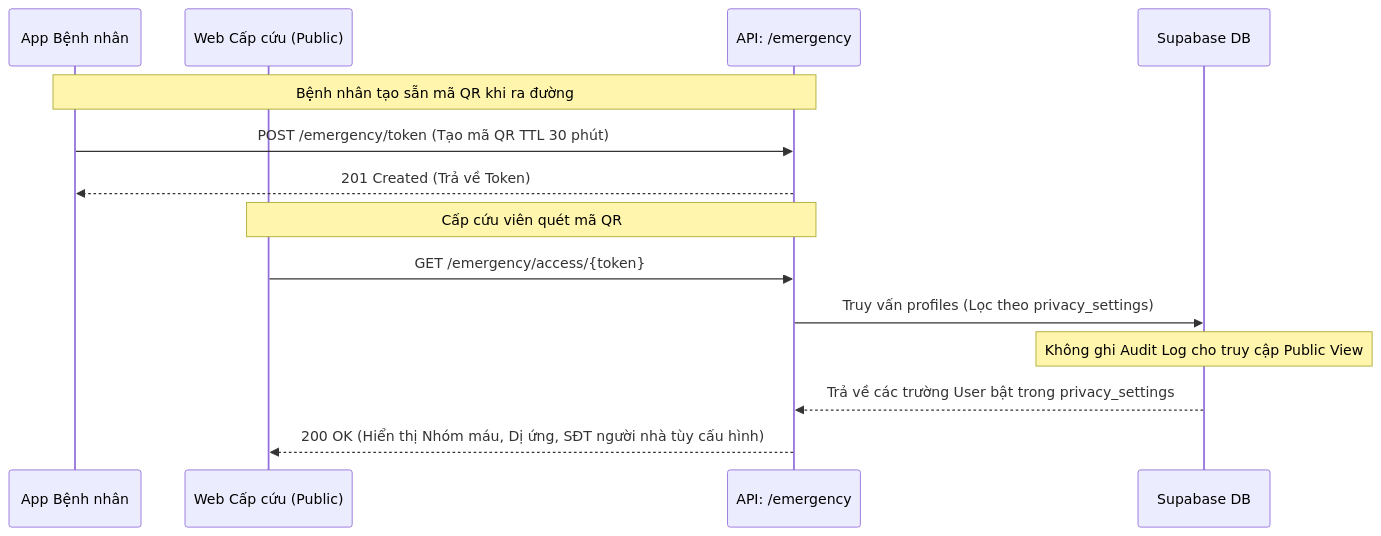
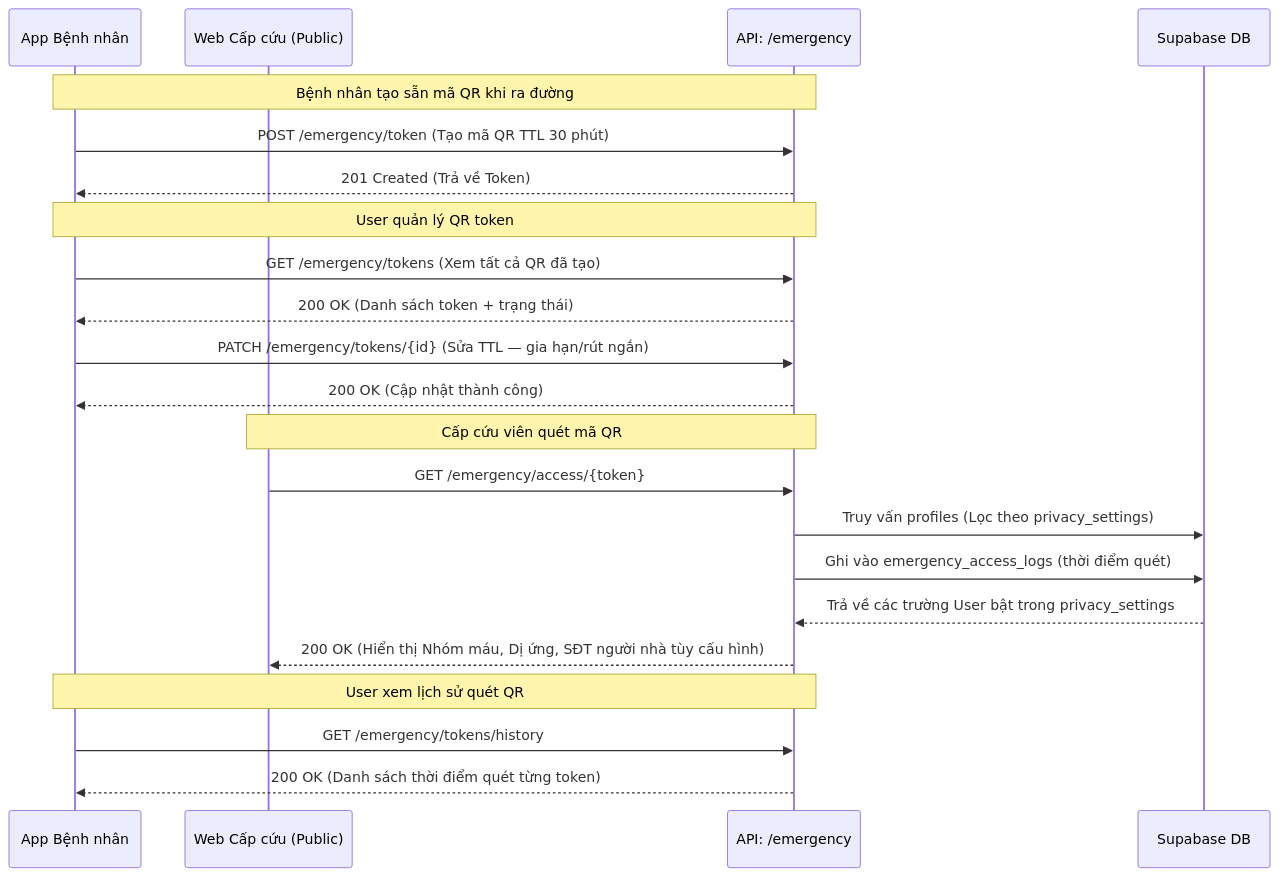
Before and after one commit to ImSoul0511/Medical_Diary: the fourth of 5 diagrams in backend/docs/API_FLOW.md, drawn with Mermaid. The commit also changed other lines of this file and 4 other files, not shown here.

First line of the commit message:
docs(architecture): hoàn thiện kiến trúc Medication Reminders

````diff
--- a/backend/docs/API_FLOW.md
+++ b/backend/docs/API_FLOW.md
@@ -108,20 +131,31 @@
 ```mermaid
 sequenceDiagram
     participant PatFE as App Bệnh nhân
     participant EmgFE as Web Cấp cứu (Public)
     participant EmgAPI as API: /emergency
     participant DB as Supabase DB
 
     Note over PatFE,EmgAPI: Bệnh nhân tạo sẵn mã QR khi ra đường
     PatFE->>EmgAPI: POST /emergency/token (Tạo mã QR TTL 30 phút)
     EmgAPI-->>PatFE: 201 Created (Trả về Token)
+
+    Note over PatFE,EmgAPI: User quản lý QR token
+    PatFE->>EmgAPI: GET /emergency/tokens (Xem tất cả QR đã tạo)
+    EmgAPI-->>PatFE: 200 OK (Danh sách token + trạng thái)
+
+    PatFE->>EmgAPI: PATCH /emergency/tokens/{id} (Sửa TTL — gia hạn/rút ngắn)
+    EmgAPI-->>PatFE: 200 OK (Cập nhật thành công)
     
     Note over EmgFE,EmgAPI: Cấp cứu viên quét mã QR
     EmgFE->>EmgAPI: GET /emergency/access/{token}
     
     EmgAPI->>DB: Truy vấn profiles (Lọc theo privacy_settings)
-    Note over DB: Không ghi Audit Log cho truy cập Public View
+    EmgAPI->>DB: Ghi vào emergency_access_logs (thời điểm quét)
     
     DB-->>EmgAPI: Trả về các trường User bật trong privacy_settings
     EmgAPI-->>EmgFE: 200 OK (Hiển thị Nhóm máu, Dị ứng, SĐT người nhà tùy cấu hình)
+
+    Note over PatFE,EmgAPI: User xem lịch sử quét QR
+    PatFE->>EmgAPI: GET /emergency/tokens/history
+    EmgAPI-->>PatFE: 200 OK (Danh sách thời điểm quét từng token)
 ```
````
